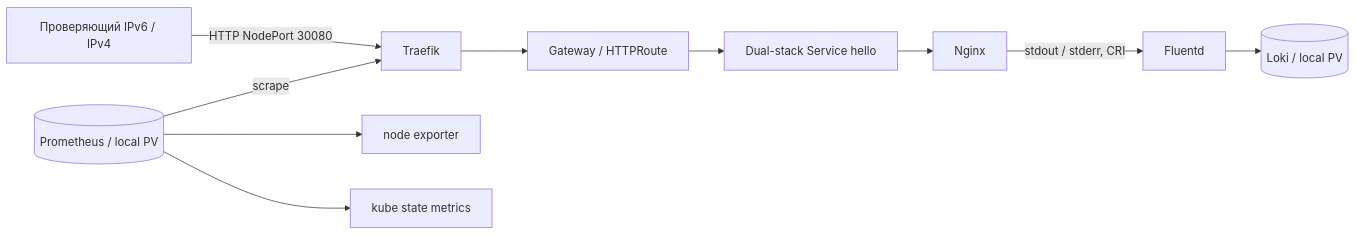
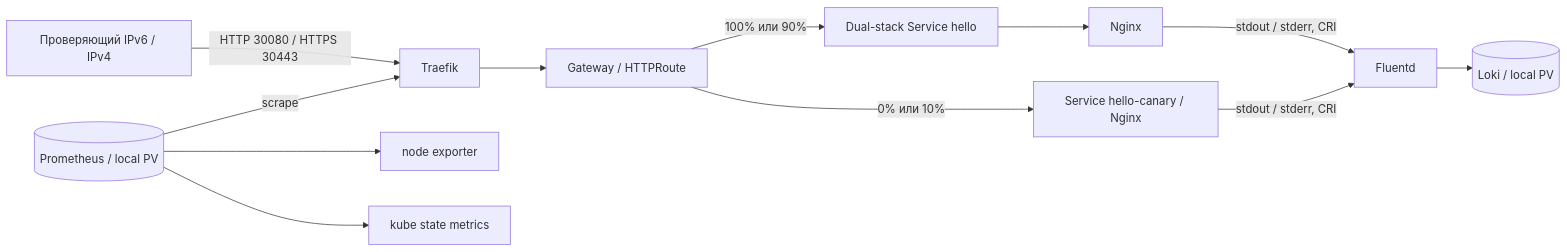
The diagram in README.md (gigabebra/mts_hack), drawn with Mermaid before and after one commit. The commit also changed other lines of this file and 9 other files, not shown here.

````diff
--- a/README.md
+++ b/README.md
@@ -22,12 +23,14 @@
 ```mermaid
 flowchart LR
-    User[Проверяющий IPv6 / IPv4] -->|HTTP NodePort 30080| Traefik
+    User[Проверяющий IPv6 / IPv4] -->|HTTP 30080 / HTTPS 30443| Traefik
     Traefik --> Gateway[Gateway / HTTPRoute]
-    Gateway --> Service[Dual-stack Service hello]
+    Gateway -->|100% или 90%| Service[Dual-stack Service hello]
     Service --> Nginx
+    Gateway -->|0% или 10%| Canary[Service hello-canary / Nginx]
     Nginx -->|stdout / stderr, CRI| Fluentd
+    Canary -->|stdout / stderr, CRI| Fluentd
     Fluentd --> Loki[(Loki / local PV)]
     Prometheus[(Prometheus / local PV)] -->|scrape| Traefik
     Prometheus --> Node[node exporter]
     Prometheus --> KSM[kube state metrics]
 ```
````
